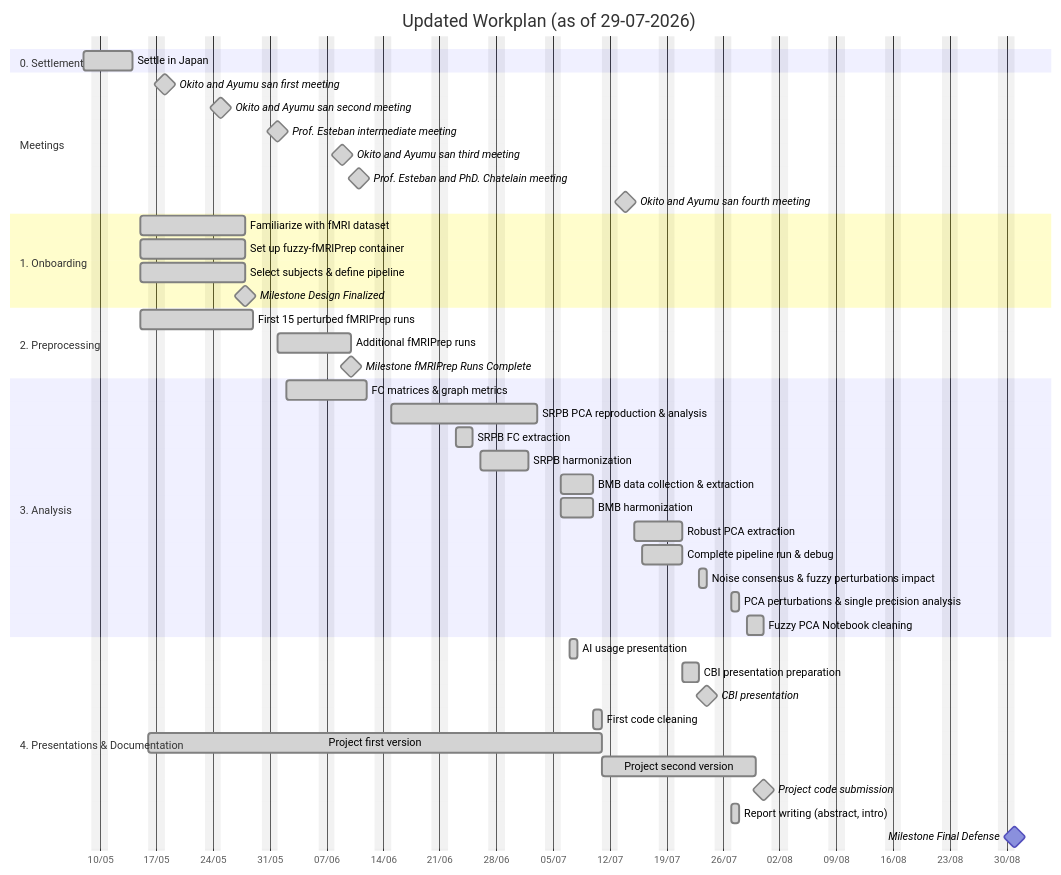
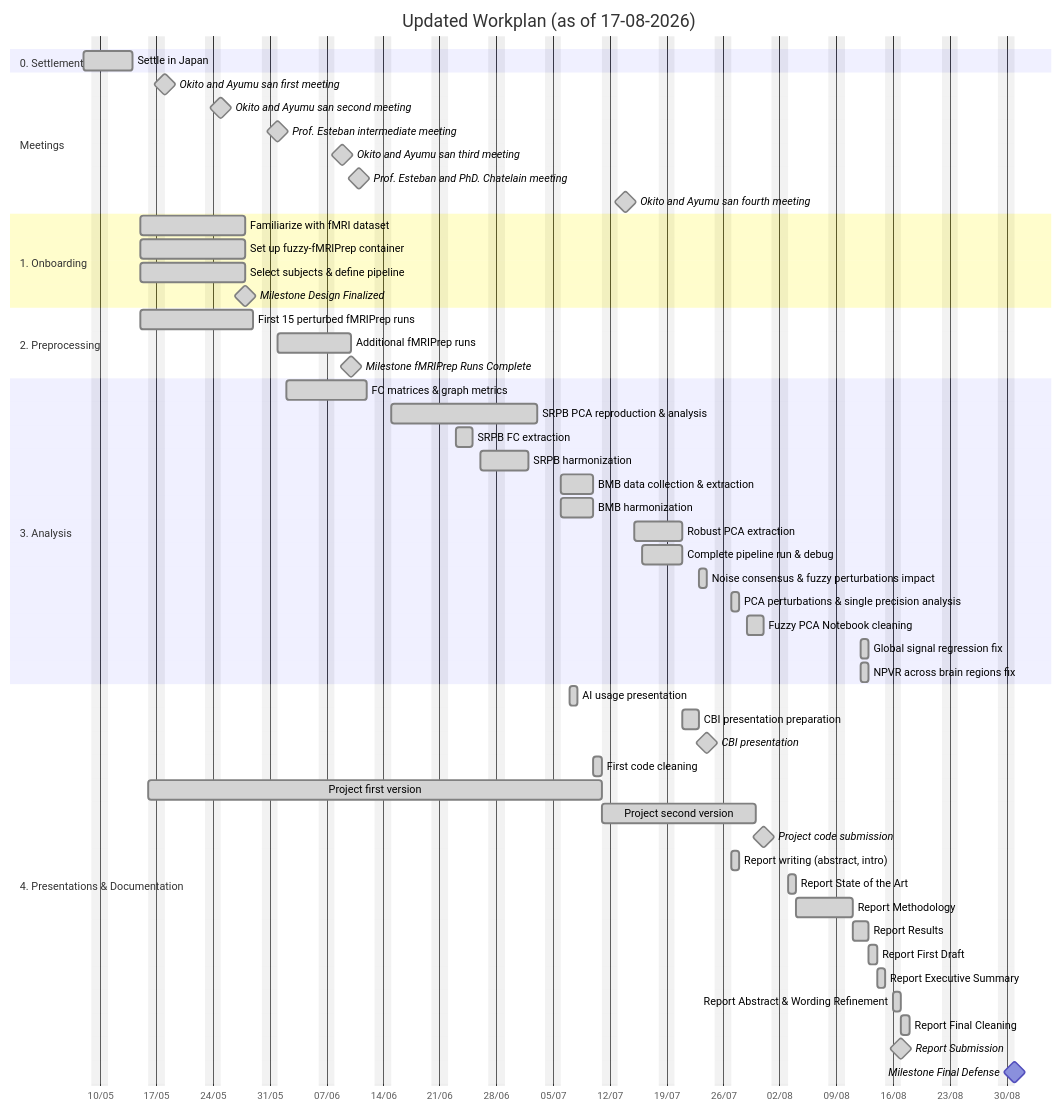
Before and after one commit to MadeInShineA/bachelor-thesis: the diagram in site/index.qmd, drawn with Mermaid. The commit also changed 1 other file, not shown here.

Commit message:
chore: Update daily journal and gantt

````diff
--- a/site/index.qmd
+++ b/site/index.qmd
@@ -72,53 +72,63 @@
 ```{mermaid}
 gantt
-    title Updated Workplan (as of 29-07-2026)
+    title Updated Workplan (as of 17-08-2026)
     dateFormat  YYYY-MM-DD
     axisFormat  %d/%m
     excludes weekends
 
     section 0. Settlement
     Settle in Japan :done, settlement, 2026-05-08, 2026-05-14
 
     section Meetings
     Okito and Ayumu san first meeting :done, milestone, meet1, 2026-05-18, 0d
     Okito and Ayumu san second meeting :done, milestone, meet2, 2026-05-25, 0d
     Prof. Esteban intermediate meeting :done, milestone, meet3, 2026-06-01, 0d
     Okito and Ayumu san third meeting :done, milestone, meet4, 2026-06-09, 0d
     Prof. Esteban and PhD. Chatelain meeting :done, milestone, meet5, 2026-06-11, 0d
     Okito and Ayumu san fourth meeting :done, milestone, meet6, 2026-07-14, 0d
 
     section 1. Onboarding
     Familiarize with fMRI dataset       :done, p1t1, 2026-05-15, 2026-05-28
     Set up fuzzy-fMRIPrep container     :done, p1t2, 2026-05-15, 2026-05-28
     Select subjects & define pipeline   :done, p1t3, 2026-05-15, 2026-05-28
     Milestone Design Finalized          :done, milestone, m1, 2026-05-28, 0d
 
     section 2. Preprocessing
     First 15 perturbed fMRIPrep runs    :done, p2t1, 2026-05-15, 2026-05-29
     Additional fMRIPrep runs            :done, p2t2, 2026-06-01, 2026-06-10
     Milestone fMRIPrep Runs Complete    :done, milestone, m2, 2026-06-10, 0d
 
     section 3. Analysis
     FC matrices & graph metrics         :done, p3t1, 2026-06-02, 2026-06-12
     SRPB PCA reproduction & analysis    :done, p3t2, 2026-06-15, 2026-07-03
     SRPB FC extraction                  :done, p3t3, 2026-06-23, 2026-06-25
     SRPB harmonization                  :done, p3t4, 2026-06-26, 2026-07-02
     BMB data collection & extraction    :done, p3t5, 2026-07-06, 2026-07-10
     BMB harmonization                   :done, p3t6, 2026-07-06, 2026-07-10
     Robust PCA extraction               :done, p3t7, 2026-07-15, 2026-07-21
     Complete pipeline run & debug       :done, p3t8, 2026-07-16, 2026-07-21
     Noise consensus & fuzzy perturbations impact :done, p3t9, 2026-07-23, 1d
     PCA perturbations & single precision analysis :done, p3t10, 2026-07-27, 2026-07-28
-    Fuzzy PCA Notebook cleaning                             :done, p3t11, 2026-07-29, 2d
+    Fuzzy PCA Notebook cleaning         :done, p3t11, 2026-07-29, 2d
+    Global signal regression fix         :done, p3t12, 2026-08-12, 2026-08-13
+    NPVR across brain regions fix       :done, p3t13, 2026-08-12, 1d
 
     section 4. Presentations & Documentation
     AI usage presentation               :done, p4t0, 2026-07-07, 2026-07-08
     CBI presentation preparation        :done, p4t1, 2026-07-21, 2026-07-23
     CBI presentation                    :done, milestone, meet7, 2026-07-24, 0d
     First code cleaning                 :done, p4t2, 2026-07-10, 1d
     Project first version               :done, p4t3, 2026-05-16, 2026-07-11
     Project second version              :done, p4t4, 2026-07-11, 2026-07-30
     Project code submission             :done, milestone, p4t5, 2026-07-31, 0d
     Report writing (abstract, intro)    :done, p4t6, 2026-07-27, 2026-07-28
+    Report State of the Art             :done, p4t7, 2026-08-03, 2026-08-04
+    Report Methodology                  :done, p4t8, 2026-08-04, 2026-08-11
+    Report Results                      :done, p4t9, 2026-08-11, 2026-08-13
+    Report First Draft                  :done, p4t10, 2026-08-13, 1d
+    Report Executive Summary            :done, p4t11, 2026-08-14, 1d
+    Report Abstract & Wording Refinement :done, p4t12, 2026-08-16, 2026-08-17
+    Report Final Cleaning               :done, p4t13, 2026-08-17, 1d
+    Report Submission                   :done, milestone, m5, 2026-08-17, 0d
     Milestone Final Defense             :milestone, m4, 2026-08-31, 0d
 ```
````
